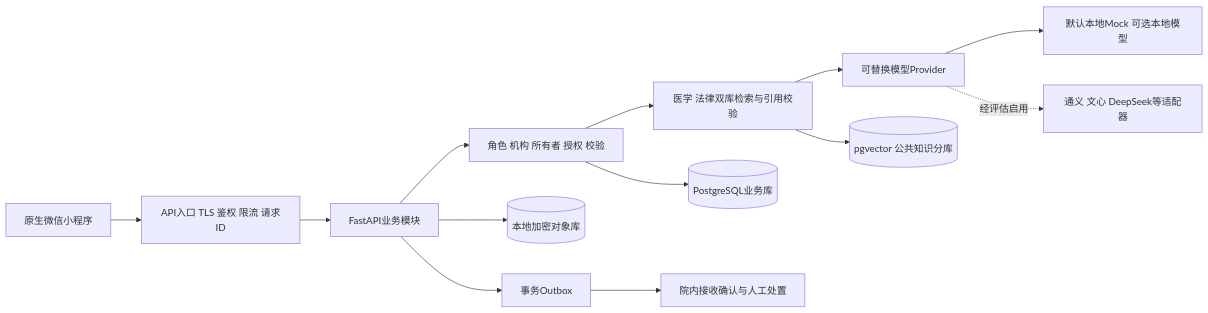
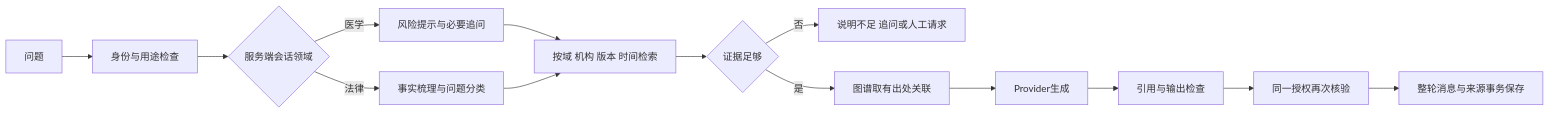
Before and after one commit to ktouy1101/yifazhilian: the third of 4 diagrams in docs/architecture.md, drawn with Mermaid. The commit also changed other lines of this file and 320 other files, not shown here.

````diff
--- a/docs/architecture.md
+++ b/docs/architecture.md
@@ -7,15 +127,16 @@
 ```mermaid
 flowchart LR
-  MP[原生微信小程序] --> GW[API入口 TLS 鉴权 限流 请求ID]
-  GW --> BS[FastAPI业务模块]
-  BS --> ACCESS[角色 机构 所有者 授权 校验]
-  ACCESS --> RAG[医学 法律双库检索与引用校验]
-  RAG --> PROVIDER[可替换模型Provider]
-  PROVIDER --> LOCAL[默认本地Mock 可选本地模型]
-  PROVIDER -.经评估启用.-> REMOTE[通义 文心 DeepSeek等适配器]
-  ACCESS --> DB[(PostgreSQL业务库)]
-  RAG --> VEC[(pgvector 公共知识分库)]
-  BS --> OBJ[(本地加密对象库)]
-  BS --> OUTBOX[事务Outbox]
-  OUTBOX --> RECEIPT[院内接收确认与人工处置]
+  Q[问题] --> A[身份与用途检查]
+  A --> D{服务端会话领域}
+  D -->|医学| MED[风险提示与必要追问]
+  D -->|法律| LAW[事实梳理与问题分类]
+  MED --> RET[按域 机构 版本 时间检索]
+  LAW --> RET
+  RET --> E{证据足够}
+  E -->|否| H[说明不足 追问或人工请求]
+  E -->|是| G[图谱取有出处关联]
+  G --> P[Provider生成]
+  P --> C[引用与输出检查]
+  C --> A2[同一授权再次核验]
+  A2 --> S[整轮消息与来源事务保存]
 ```
````
